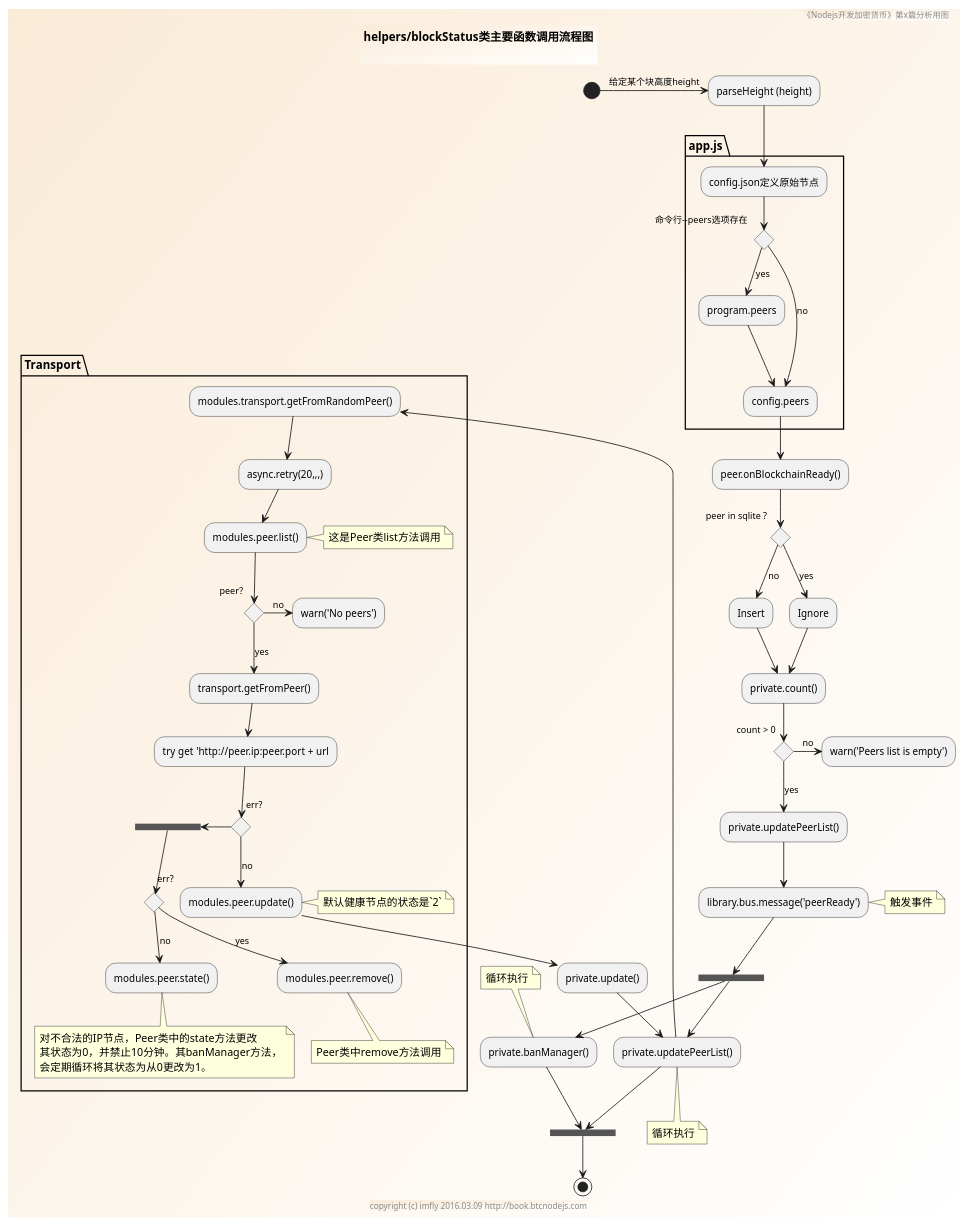
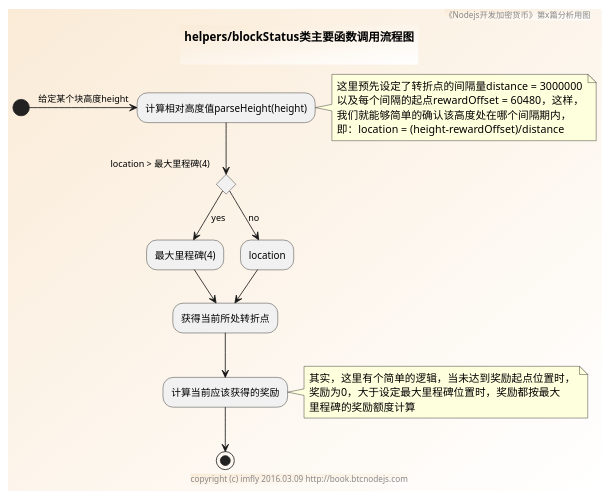
The diagram in sources/helpers/blockStatus/activity.pu (brightmanforever022/bitcoin-on-nodejs), drawn with PlantUML before and after one commit. The commit also changed 5 other files, not shown here.

Commit message:
写blocks的类图

```diff
--- a/sources/helpers/blockStatus/activity.pu
+++ b/sources/helpers/blockStatus/activity.pu
@@ -1,88 +1,39 @@
 @startuml ../../../styles/images/helpers/blockStatus/activity.png
 skinparam BorderColor #blue\9932CC
 skinparam backgroundcolor AntiqueWhite/white
 
 title
 helpers/blockStatus类主要函数调用流程图
 
 end title
 
 footer copyright (c) imfly 2016.03.09 http://book.btcnodejs.com
 header 《Nodejs开发加密货币》第x篇分析用图
 
-(*) -right-> [给定某个块高度height] parseHeight (height)
+(*) -right-> [给定某个块高度height] "计算相对高度值parseHeight(height)"
 
-' app.js启动命令
-partition app.js {
-  --> config.json定义原始节点
-  if "命令行--peers选项存在" then
-  -->[yes] program.peers
-  --> "config.peers" as peers
-  else
-  --> [no] peers
-  endif
-}
+note right
+这里预先设定了转折点的间隔量distance = 3000000
+以及每个间隔的起点rewardOffset = 60480，这样，
+我们就能够简单的确认该高度处在哪个间隔期内，
+即：location = (height-rewardOffset)/distance
+end note
 
-' 区块链加载完毕
---> peer.onBlockchainReady()
-if peer in sqlite ? then
---> [yes] Ignore
---> "private.count()" as count
+if location > 最大里程碑(4) then
+--> [yes] "最大里程碑(4)"
+--> "获得当前所处转折点" as milestone
 else
---> [no] Insert
---> count
+--> [no] location
+--> milestone
 endif
 
-if count > 0 then
--right-> [no] warn('Peers list is empty')
-else
--->[yes] private.updatePeerList()
---> library.bus.message('peerReady')
-note right: 触发事件
+--> 计算当前应该获得的奖励
 
-' 第一个循环：检验节点，删除或更新
---> ==b1==
---> "private.updatePeerList()" as updatePeerList
-partition Transport {
-  --> modules.transport.getFromRandomPeer()
-  --> async.retry(20,,,)
-  --> modules.peer.list()
-  note right: 这是Peer类list方法调用
-  if peer？ then
-  -right-> [no] warn('No peers')
-  else
-  --> [yes] transport.getFromPeer()
-  --> try get 'http://peer.ip:peer.port + url
-    if err? then
-    -right-> ==b3==
-      if err? then
-      --> [yes] modules.peer.remove()
-      note bottom: Peer类中remove方法调用
-      else
-      --> [no] modules.peer.state()
-      note bottom
-      对不合法的IP节点，Peer类中的state方法更改
-      其状态为0，并禁止10分钟。其banManager方法，
-      会定期循环将其状态为从0更改为1。
-      end note
-      endif
-    else
-    --> [no] modules.peer.update()
-    note right: 默认健康节点的状态是`2`
-    endif
-  endif
-}
--down-> private.update()
---> updatePeerList
-note bottom: 循环执行
---> ==b2==
-
-' 第二个循环：更新状态
-==b1== --> private.banManager()
-note top: 循环执行
---> ==b2==
-
-endif
+note right
+其实，这里有个简单的逻辑，当未达到奖励起点位置时，
+奖励为0，大于设定最大里程碑位置时，奖励都按最大
+里程碑的奖励额度计算
+end note
 
 --> (*)
 @enduml
```
